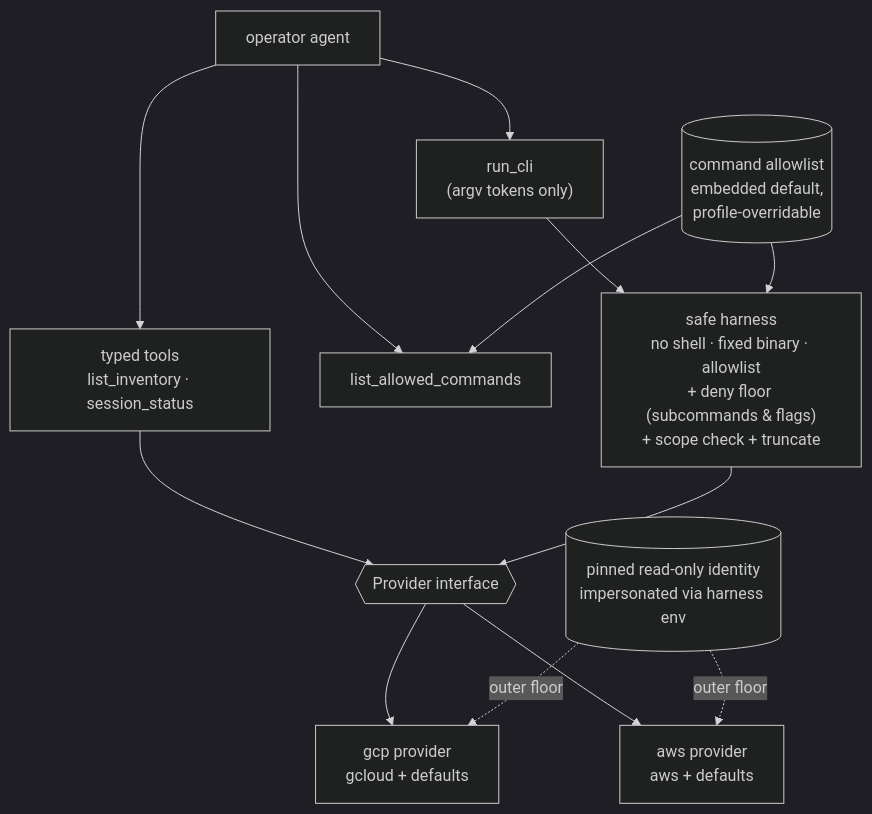
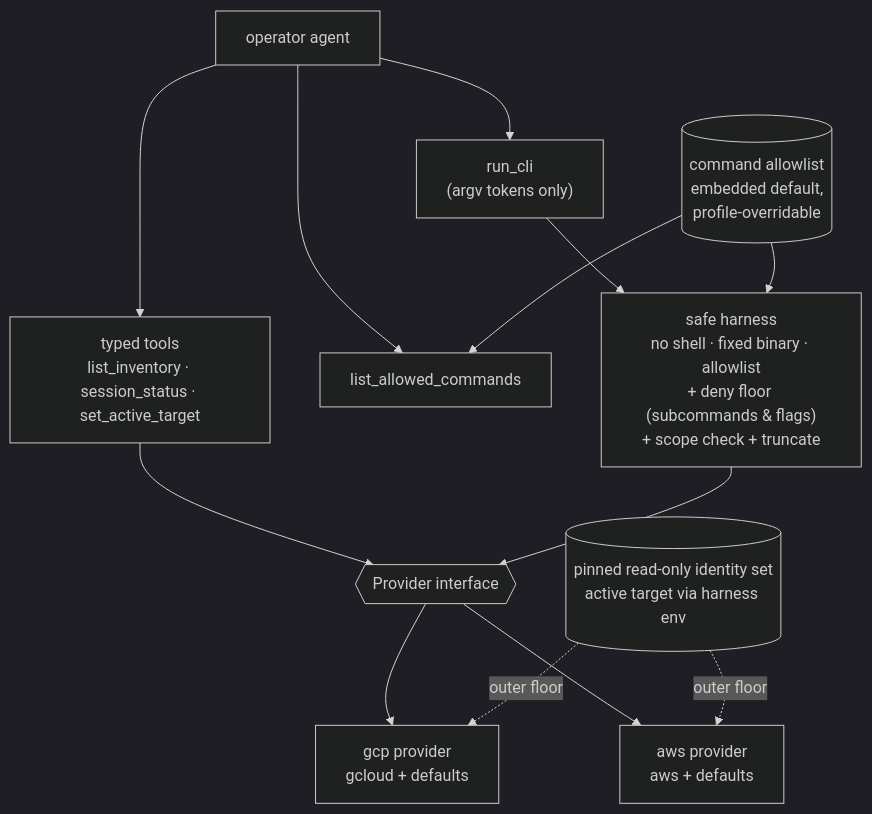
Before and after one commit to sourcehawk/triagent: the diagram in docs/superpowers/specs/2026-05-30-cloud-context-mcp-design.md, drawn with Mermaid (dark theme). The commit also changed other lines of this file, not shown here.

First line of the commit message:
docs(spec): bounded target selection (set_active_target) for the cloud-context MCP

````diff
--- a/docs/superpowers/specs/2026-05-30-cloud-context-mcp-design.md
+++ b/docs/superpowers/specs/2026-05-30-cloud-context-mcp-design.md
@@ -40,15 +41,15 @@
 ```mermaid
 flowchart TD
-    operator[operator agent] --> typed["typed tools<br/>list_inventory · session_status"]
+    operator[operator agent] --> typed["typed tools<br/>list_inventory · session_status · set_active_target"]
     operator --> disc["list_allowed_commands"]
     operator --> cli["run_cli<br/>(argv tokens only)"]
     typed --> iface{{Provider interface}}
     cli --> harness["safe harness<br/>no shell · fixed binary · allowlist<br/>+ deny floor (subcommands & flags)<br/>+ scope check + truncate"]
     cfg[("command allowlist<br/>embedded default,<br/>profile-overridable")] --> harness
     cfg --> disc
     harness --> iface
     iface --> gcp["gcp provider<br/>gcloud + defaults"]
     iface --> aws["aws provider<br/>aws + defaults"]
-    id[("pinned read-only identity<br/>impersonated via harness env")] -.outer floor.-> gcp
+    id[("pinned read-only identity set<br/>active target via harness env")] -.outer floor.-> gcp
     id -.outer floor.-> aws
 ```
````
